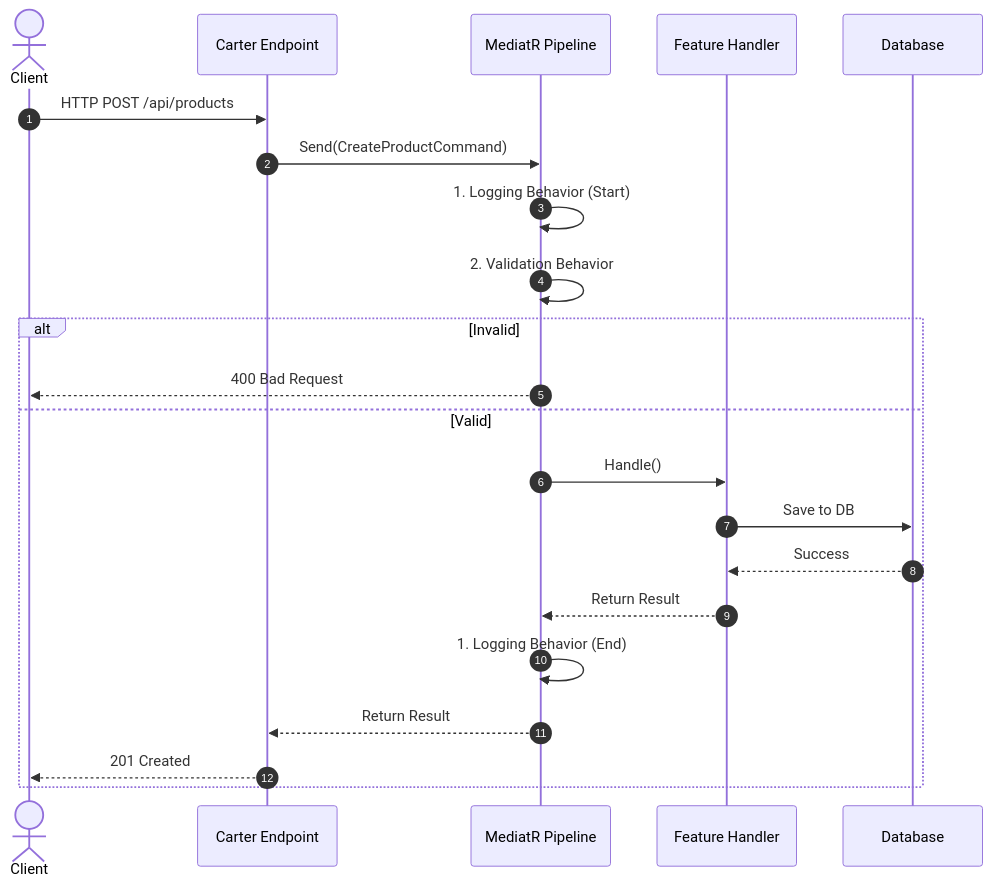
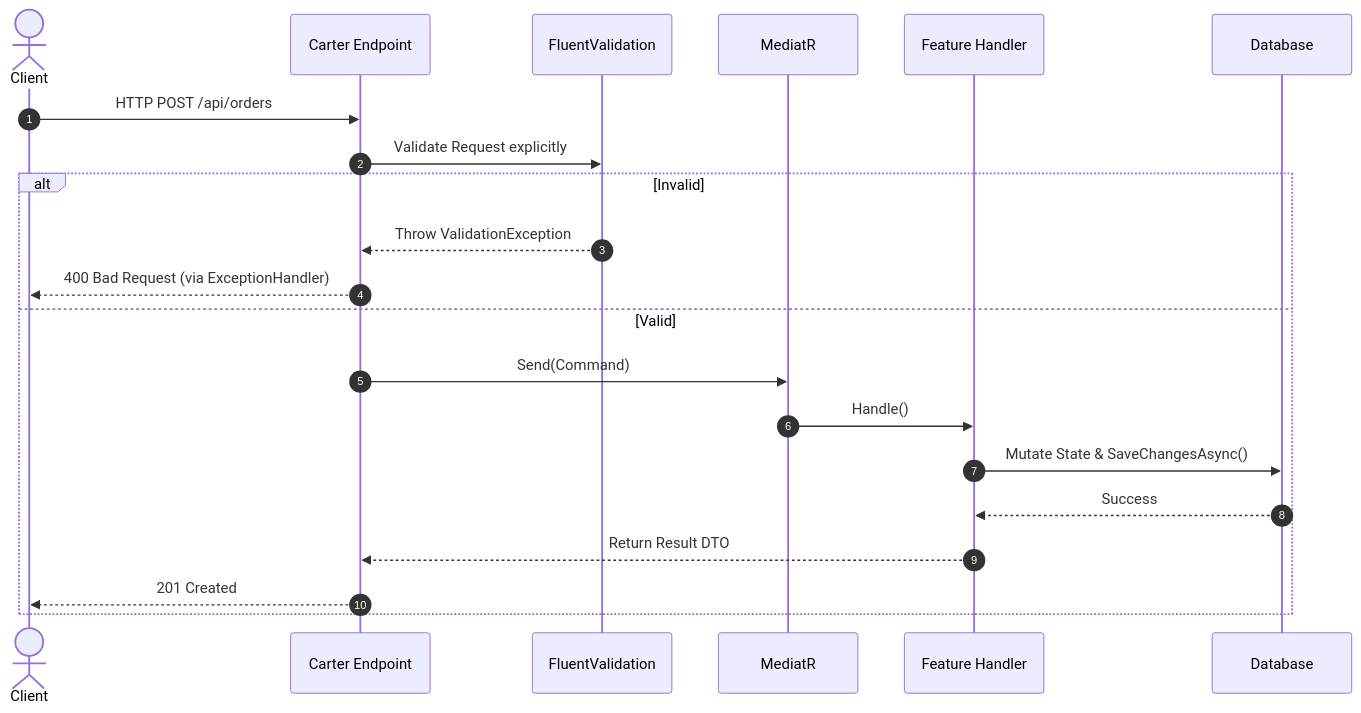
Before and after one commit to AhmedAbdo1612/ECommerce-DDD-Microservices: the first of 2 diagrams in .agents/AGENTS.md, drawn with Mermaid. The commit also changed other lines of this file and 1 other file, not shown here.

Commit message:
docs: sync project architecture docs with explicit validation facts

````diff
--- a/.agents/AGENTS.md
+++ b/.agents/AGENTS.md
@@ -67,25 +67,24 @@
 ```mermaid
 sequenceDiagram
     autonumber
     actor Client
     participant API as Carter Endpoint
-    participant Pipe as MediatR Pipeline
+    participant Val as FluentValidation
+    participant MediatR as MediatR
     participant Handler as Feature Handler
     participant DB as Database
 
-    Client->>API: HTTP POST /api/products
-    API->>Pipe: Send(CreateProductCommand)
-    Pipe->>Pipe: 1. Logging Behavior (Start)
-    Pipe->>Pipe: 2. Validation Behavior
+    Client->>API: HTTP POST /api/orders
+    API->>Val: Validate Request explicitly
     alt Invalid
-        Pipe-->>Client: 400 Bad Request
+        Val-->>API: Throw ValidationException
+        API-->>Client: 400 Bad Request (via ExceptionHandler)
     else Valid
-        Pipe->>Handler: Handle()
-        Handler->>DB: Save to DB
+        API->>MediatR: Send(Command)
+        MediatR->>Handler: Handle()
+        Handler->>DB: Mutate State & SaveChangesAsync()
         DB-->>Handler: Success
-        Handler-->>Pipe: Return Result
-        Pipe->>Pipe: 1. Logging Behavior (End)
-        Pipe-->>API: Return Result
+        Handler-->>API: Return Result DTO
         API-->>Client: 201 Created
     end
 ```
````
